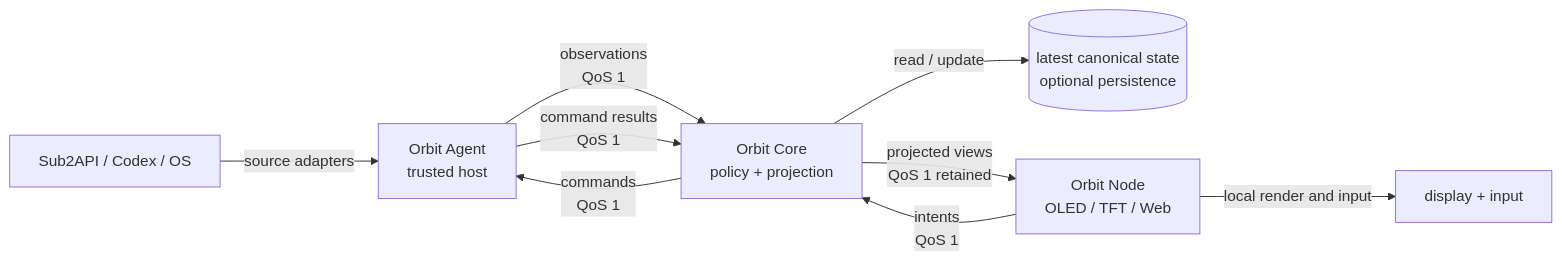
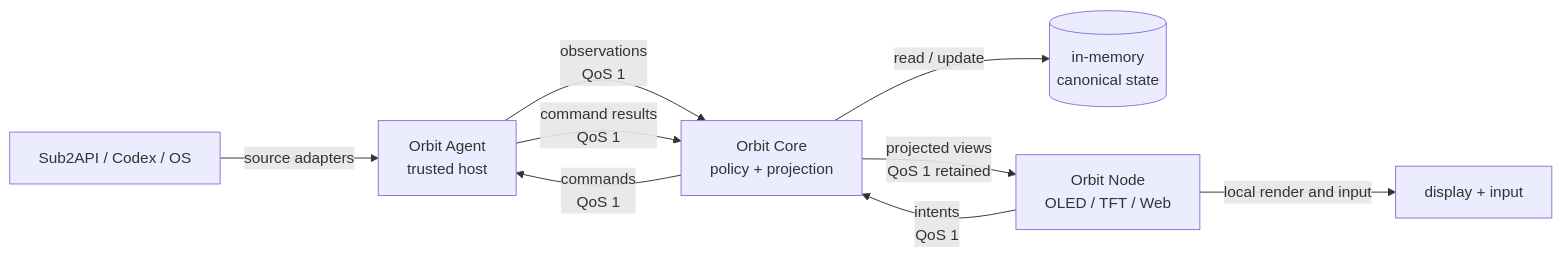
The first of 4 diagrams in docs/design.md (leowzz/orbit), drawn with Mermaid before and after one commit. The commit also changed other lines of this file and 3 other files, not shown here.

````diff
--- a/docs/design.md
+++ b/docs/design.md
@@ -59,18 +60,18 @@
 ```mermaid
 flowchart LR
     Sources[Sub2API / Codex / OS]
     Agent[Orbit Agent<br/>trusted host]
     Core[Orbit Core<br/>policy + projection]
-    State[(latest canonical state<br/>optional persistence)]
+    State[(in-memory<br/>canonical state)]
     Node[Orbit Node<br/>OLED / TFT / Web]
     Display[display + input]
 
     Sources -->|source adapters| Agent
     Agent -->|observations<br/>QoS 1| Core
     Core -->|commands<br/>QoS 1| Agent
     Agent -->|command results<br/>QoS 1| Core
     Core -->|read / update| State
     Core -->|projected views<br/>QoS 1 retained| Node
     Node -->|intents<br/>QoS 1| Core
     Node -->|local render and input| Display
 ```
````
